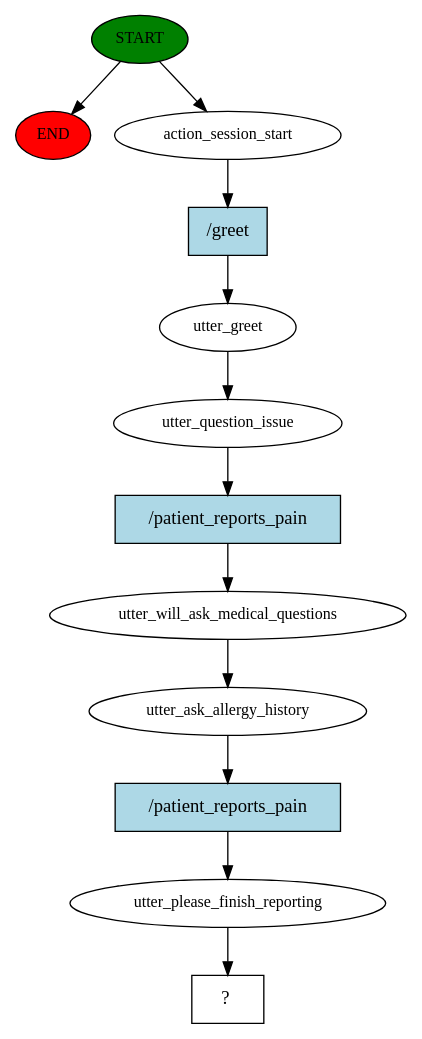
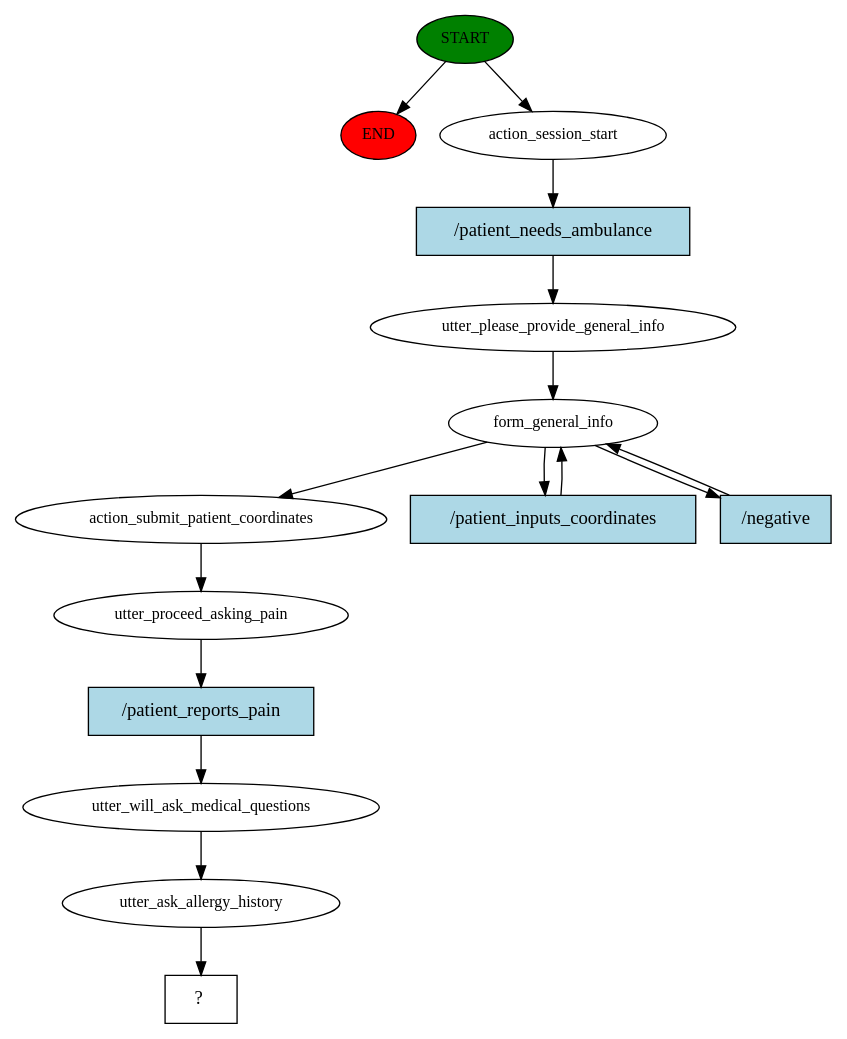
One commit to halixness/HMD-Dispatcher changed the diagram in story_graph.dot. Above: the diagram before and after it, drawn with Graphviz. The commit also changed 11 other files, not shown here.

```diff
--- a/story_graph.dot
+++ b/story_graph.dot
@@ -1,25 +1,31 @@
 digraph  {
 0 [class="start active", fillcolor=green, fontsize=12, label=START, style=filled];
 "-1" [class=end, fillcolor=red, fontsize=12, label=END, style=filled];
 1 [class=active, fontsize=12, label=action_session_start];
-2 [class=active, fontsize=12, label=utter_greet];
-3 [class=active, fontsize=12, label=utter_question_issue];
-4 [class=active, fontsize=12, label=utter_will_ask_medical_questions];
-5 [class=active, fontsize=12, label=utter_ask_allergy_history];
-6 [class=active, fontsize=12, label=utter_please_finish_reporting];
-7 [class="intent dashed active", label="  ?  ", shape=rect];
-8 [class="intent active", fillcolor=lightblue, label="/greet", shape=rect, style=filled];
-9 [class="intent active", fillcolor=lightblue, label="/patient_reports_pain", shape=rect, style=filled];
-10 [class="intent active", fillcolor=lightblue, label="/patient_reports_pain", shape=rect, style=filled];
+2 [class=active, fontsize=12, label=utter_please_provide_general_info];
+3 [class=active, fontsize=12, label=form_general_info];
+7 [class=active, fontsize=12, label=action_submit_patient_coordinates];
+8 [class=active, fontsize=12, label=utter_proceed_asking_pain];
+9 [class=active, fontsize=12, label=utter_will_ask_medical_questions];
+10 [class=active, fontsize=12, label=utter_ask_allergy_history];
+11 [class="intent dashed active", label="  ?  ", shape=rect];
+12 [class="intent active", fillcolor=lightblue, label="/patient_needs_ambulance", shape=rect, style=filled];
+13 [class="intent active", fillcolor=lightblue, label="/patient_inputs_coordinates", shape=rect, style=filled];
+14 [class="intent active", fillcolor=lightblue, label="/negative", shape=rect, style=filled];
+15 [class="intent active", fillcolor=lightblue, label="/patient_reports_pain", shape=rect, style=filled];
 0 -> "-1"  [class="", key=NONE, label=""];
 0 -> 1  [class=active, key=NONE, label=""];
-1 -> 8  [class=active, key=0];
+1 -> 12  [class=active, key=0];
 2 -> 3  [class=active, key=NONE, label=""];
-3 -> 9  [class=active, key=0];
-4 -> 5  [class=active, key=NONE, label=""];
-5 -> 10  [class=active, key=0];
-6 -> 7  [class=active, key=NONE, label=""];
-8 -> 2  [class=active, key=0];
-9 -> 4  [class=active, key=0];
-10 -> 6  [class=active, key=0];
+3 -> 7  [class=active, key=NONE, label=""];
+3 -> 13  [class=active, key=0];
+3 -> 14  [class=active, key=0];
+7 -> 8  [class=active, key=NONE, label=""];
+8 -> 15  [class=active, key=0];
+9 -> 10  [class=active, key=NONE, label=""];
+10 -> 11  [class=active, key=NONE, label=""];
+12 -> 2  [class=active, key=0];
+13 -> 3  [class=active, key=0];
+14 -> 3  [class=active, key=0];
+15 -> 9  [class=active, key=0];
 }
```
